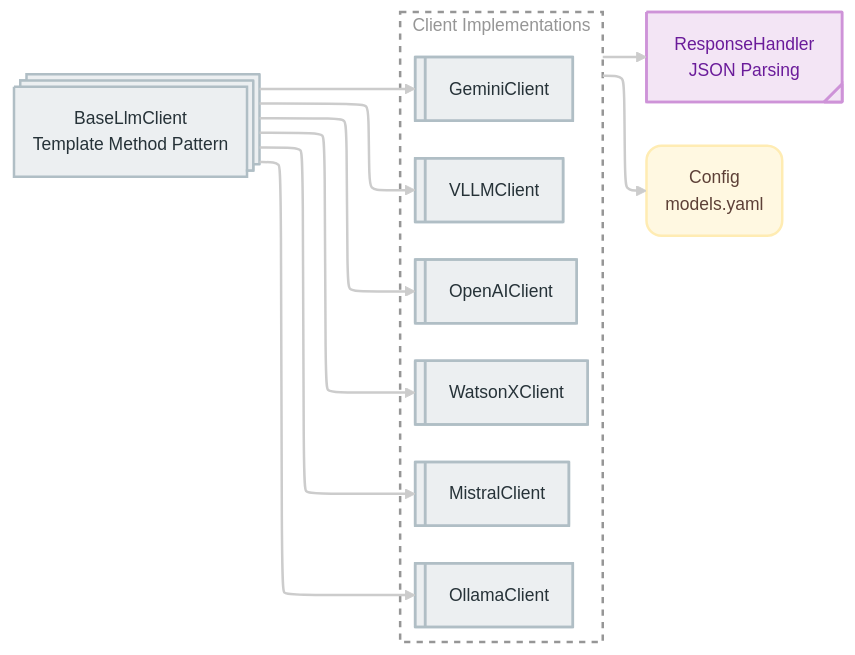
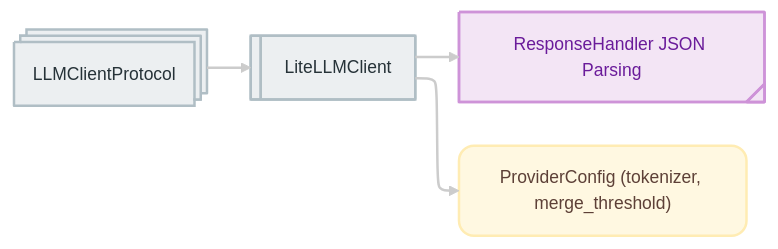
One commit to IBM/docling-graph changed the diagram in docs/assets/flowcharts/llm_clients.md. Above: the diagram before and after it, drawn with Mermaid. The commit also changed 141 other files, not shown here.

Commit message:
refactor(llm_clients): use LiteLLM as single gateway for local and remote providers

````diff
--- a/docs/assets/flowcharts/llm_clients.md
+++ b/docs/assets/flowcharts/llm_clients.md
@@ -1,46 +1,32 @@
 ```mermaid
 %%{init: {'theme': 'redux-dark', 'look': 'default', 'layout': 'elk'}}%%
 flowchart LR
     %% 1. Define Classes
     classDef input fill:#E3F2FD,stroke:#90CAF9,color:#0D47A1
     classDef config fill:#FFF8E1,stroke:#FFECB3,color:#5D4037
     classDef output fill:#E8F5E9,stroke:#A5D6A7,color:#1B5E20
     classDef decision fill:#FFE0B2,stroke:#FFB74D,color:#E65100
     classDef data fill:#EDE7F6,stroke:#B39DDB,color:#4527A0
     classDef operator fill:#F3E5F5,stroke:#CE93D8,color:#6A1B9A
     classDef process fill:#ECEFF1,stroke:#B0BEC5,color:#263238
     
     %% Custom Subgraph Style (Transparent with dashed border)
     classDef subgraph_style fill:none,stroke:#969696,stroke-width:2px,stroke-dasharray: 5,color:#969696
 
     %% 2. Define Nodes
-    A@{ shape: procs, label: "BaseLlmClient<br>Template Method Pattern" }
-    
-    subgraph subGraph0["Client Implementations"]
-        B@{ shape: lin-proc, label: "VLLMClient" }
-        C@{ shape: lin-proc, label: "OllamaClient" }
-        D@{ shape: lin-proc, label: "MistralClient" }
-        E@{ shape: lin-proc, label: "OpenAIClient" }
-        F@{ shape: lin-proc, label: "GeminiClient" }
-        G@{ shape: lin-proc, label: "WatsonXClient" }
-    end
+    A@{ shape: procs, label: "LLMClientProtocol" }
+    B@{ shape: lin-proc, label: "LiteLLMClient" }
 
-    H@{ shape: tag-proc, label: "ResponseHandler<br>JSON Parsing" }
-    I("Config<br>models.yaml")
+    H@{ shape: tag-proc, label: "ResponseHandler JSON Parsing" }
+    I("ProviderConfig (tokenizer, merge_threshold)")
 
     %% 3. Define Connections
     A --> B
-    A --> C
-    A --> D
-    A --> E
-    A --> F
-    A --> G
-    subGraph0 --> H
-    subGraph0 --> I
+    B --> H
+    B --> I
 
     %% 4. Apply Classes
-    class A,B,C,D,E,F,G process
+    class A,B process
     class H operator
     class I config
-    class subGraph0 subgraph_style
 ```
````
